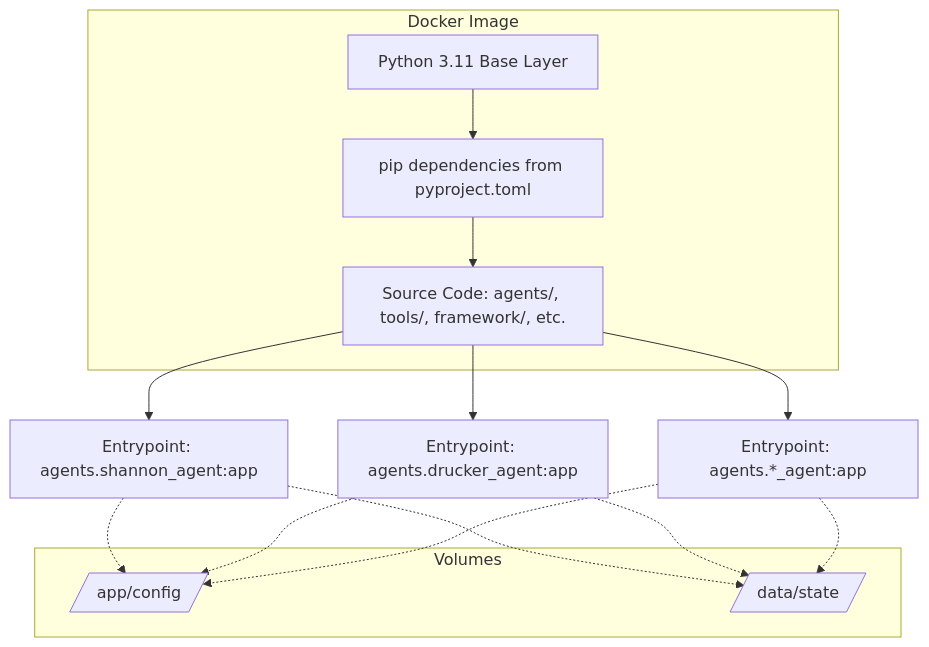
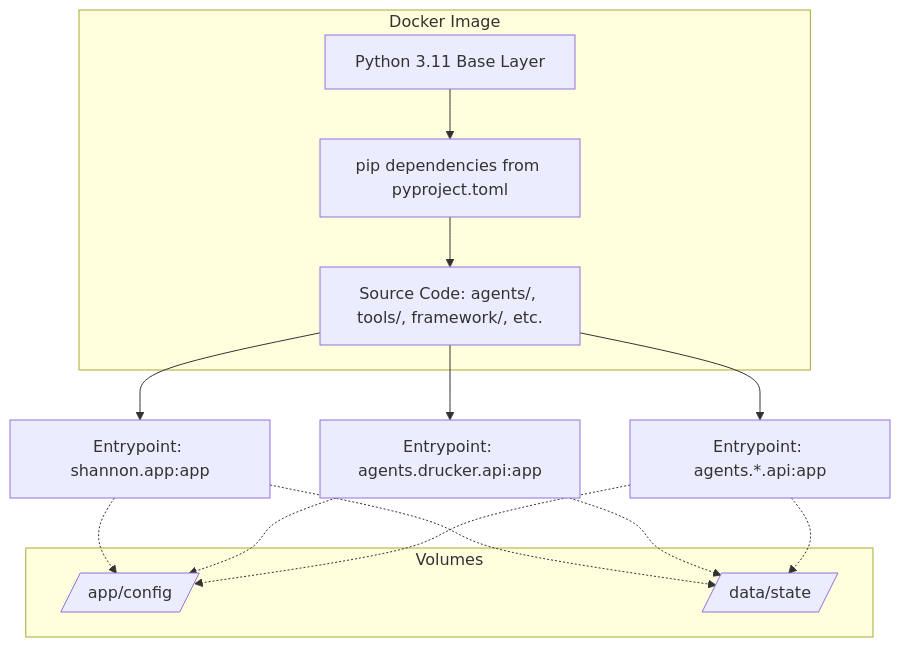
The first of 4 diagrams in docs/workforce/DEPLOYMENT_GUIDE.md (jmac-cornelis/agent-workforce), drawn with Mermaid before and after one commit. The commit also changed other lines of this file and 2 other files, not shown here.

Commit message:
Fix CI: clear Drucker webhook URL in Shannon service tests and update deployment docs with Cloudflare tunnel details

````diff
--- a/docs/workforce/DEPLOYMENT_GUIDE.md
+++ b/docs/workforce/DEPLOYMENT_GUIDE.md
@@ -15,25 +34,25 @@
 ```mermaid
 graph TD
     subgraph Docker Image
         Base[Python 3.11 Base Layer]
         Deps[pip dependencies from pyproject.toml]
         Code[Source Code: agents/, tools/, framework/, etc.]
         Base --> Deps --> Code
     end
 
-    Code --> Agent1[Entrypoint: agents.shannon_agent:app]
-    Code --> Agent2[Entrypoint: agents.drucker_agent:app]
-    Code --> AgentN[Entrypoint: agents.*_agent:app]
+    Code --> Agent1[Entrypoint: shannon.app:app]
+    Code --> Agent2[Entrypoint: agents.drucker.api:app]
+    Code --> AgentN[Entrypoint: agents.*.api:app]
 
     subgraph Volumes
         Config[/app/config/]
         State[/data/state/]
     end
 
     Agent1 -.-> Config
     Agent1 -.-> State
     Agent2 -.-> Config
     Agent2 -.-> State
     AgentN -.-> Config
     AgentN -.-> State
 ```
````
